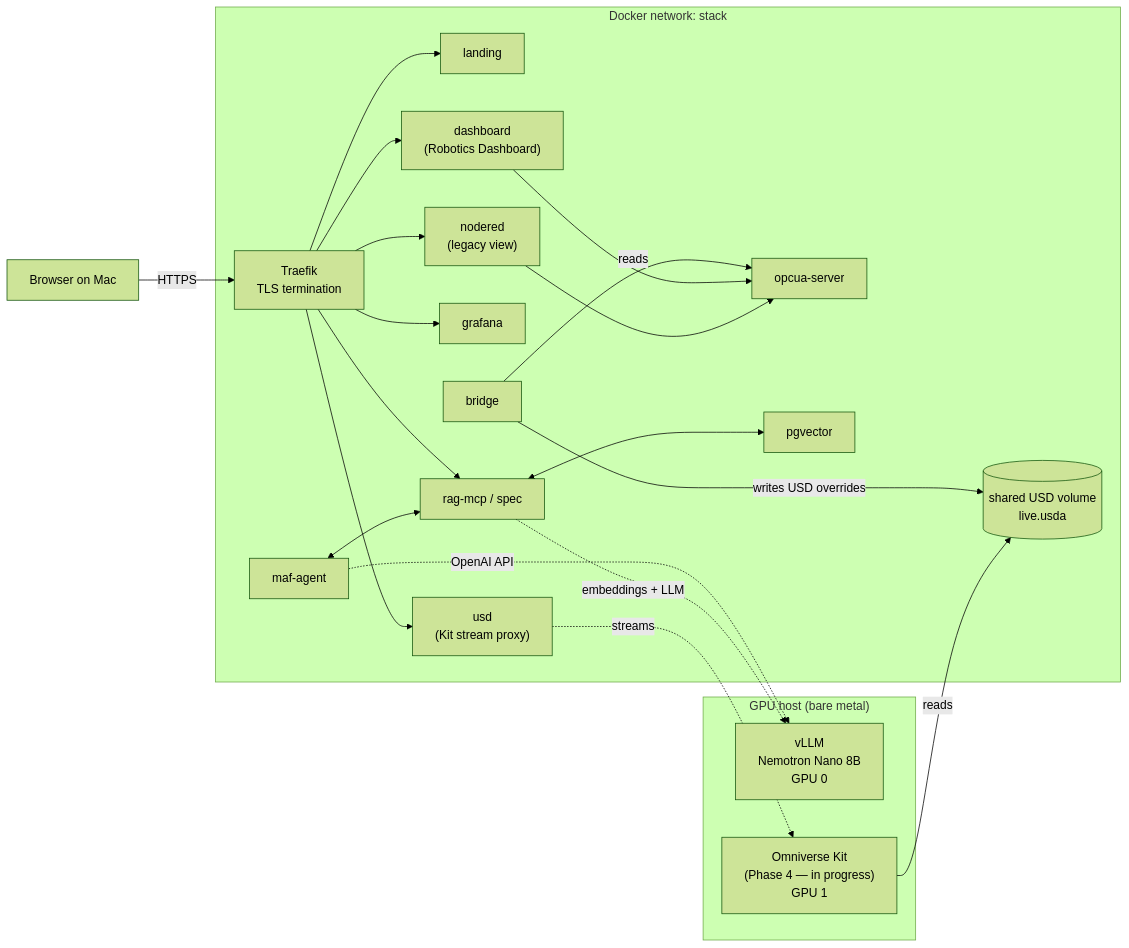
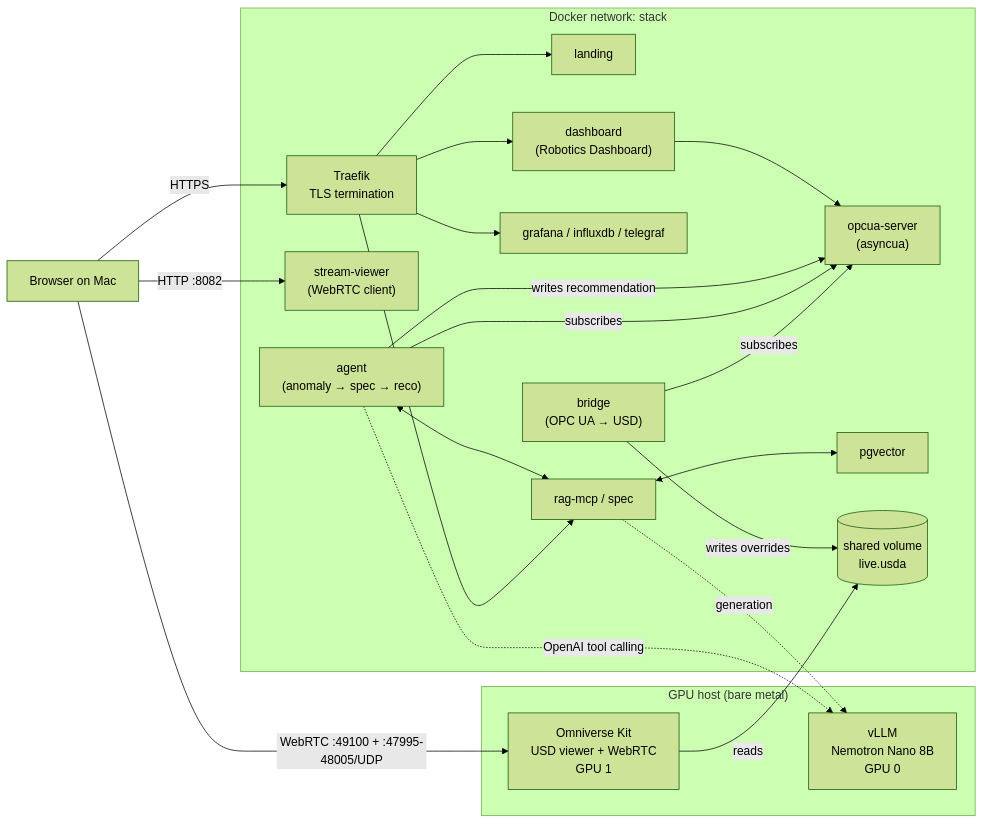
Before and after one commit to DittmannAxel/my_experiments: the first of 2 diagrams in OPCUA-OpenUSD/README.md, drawn with Mermaid (forest theme). The commit also changed other lines of this file, not shown here.

First line of the commit message:
OPCUA-OpenUSD: README — drop MAF claim, add OPC UA section, mark Phase 4 live

````diff
--- a/OPCUA-OpenUSD/README.md
+++ b/OPCUA-OpenUSD/README.md
@@ -10,45 +11,44 @@
 ```mermaid
 flowchart LR
     Browser["Browser on Mac"]
 
     subgraph Host["GPU host (bare metal)"]
         vLLM["vLLM<br/>Nemotron Nano 8B<br/>GPU 0"]
-        Kit["Omniverse Kit<br/>(Phase 4 — in progress)<br/>GPU 1"]
+        Kit["Omniverse Kit<br/>USD viewer + WebRTC<br/>GPU 1"]
     end
 
     subgraph Stack["Docker network: stack"]
         Traefik["Traefik<br/>TLS termination"]
         Landing["landing"]
         Dashboard["dashboard<br/>(Robotics Dashboard)"]
-        NodeRED["nodered<br/>(legacy view)"]
-        Grafana["grafana"]
+        StreamView["stream-viewer<br/>(WebRTC client)"]
+        Grafana["grafana / influxdb / telegraf"]
         RAG["rag-mcp / spec"]
-        UsdProxy["usd<br/>(Kit stream proxy)"]
-        OPCUA["opcua-server"]
-        Bridge["bridge"]
-        Agent["maf-agent"]
+        OPCUA["opcua-server<br/>(asyncua)"]
+        Bridge["bridge<br/>(OPC UA → USD)"]
+        Agent["agent<br/>(anomaly → spec → reco)"]
         PG["pgvector"]
-        Vol[("shared USD volume<br/>live.usda")]
+        Vol[("shared volume<br/>live.usda")]
     end
 
     Browser -->|HTTPS| Traefik
+    Browser -->|HTTP :8082| StreamView
+    Browser -->|WebRTC :49100 + :47995-48005/UDP| Kit
     Traefik --> Landing
     Traefik --> Dashboard
-    Traefik --> NodeRED
     Traefik --> Grafana
     Traefik --> RAG
-    Traefik --> UsdProxy
 
-    Bridge -->|reads| OPCUA
-    Bridge -->|writes USD overrides| Vol
-    UsdProxy -.->|streams| Kit
+    Bridge -->|subscribes| OPCUA
+    Bridge -->|writes overrides| Vol
     Kit -->|reads| Vol
 
+    Agent -->|subscribes| OPCUA
+    Agent -->|writes recommendation| OPCUA
     Agent <--> RAG
     RAG <--> PG
-    Agent -.->|OpenAI API| vLLM
-    RAG -.->|embeddings + LLM| vLLM
+    Agent -.->|OpenAI tool calling| vLLM
+    RAG -.->|generation| vLLM
 
     Dashboard --> OPCUA
-    NodeRED --> OPCUA
 ```
````
